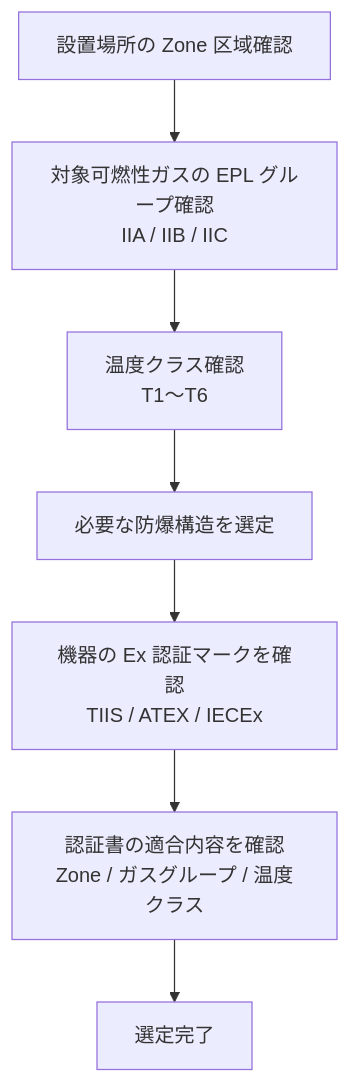
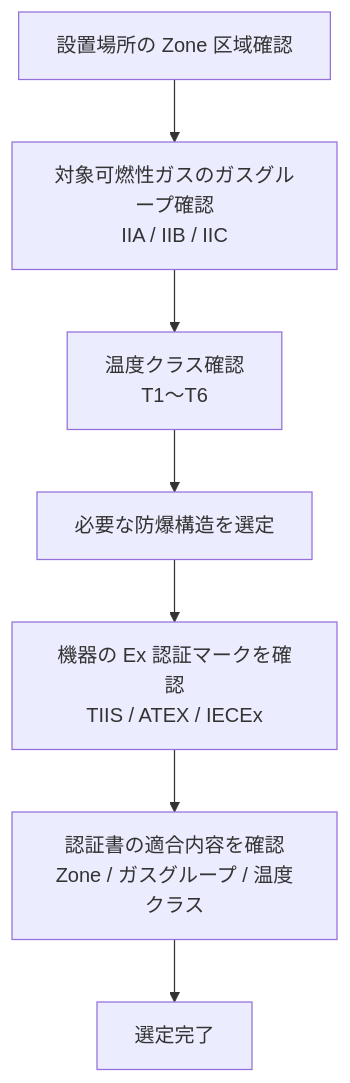
Before and after one commit to kfurufuru/ei-wiki: the diagram in docs/03-keiso/explosion-proof.md, drawn with Mermaid. The commit also changed other lines of this file and 3 other files, not shown here.

````diff
--- a/docs/03-keiso/explosion-proof.md
+++ b/docs/03-keiso/explosion-proof.md
@@ -194,9 +200,9 @@
 ```mermaid
 flowchart TD
-    A[設置場所の Zone 区域確認] --> B[対象可燃性ガスの EPL グループ確認\nIIA / IIB / IIC]
+    A[設置場所の Zone 区域確認] --> B[対象可燃性ガスのガスグループ確認\nIIA / IIB / IIC]
     B --> C[温度クラス確認\nT1〜T6]
     C --> D[必要な防爆構造を選定]
     D --> E[機器の Ex 認証マークを確認\nTIIS / ATEX / IECEx]
     E --> F[認証書の適合内容を確認\nZone / ガスグループ / 温度クラス]
     F --> G[選定完了]
 ```
````
